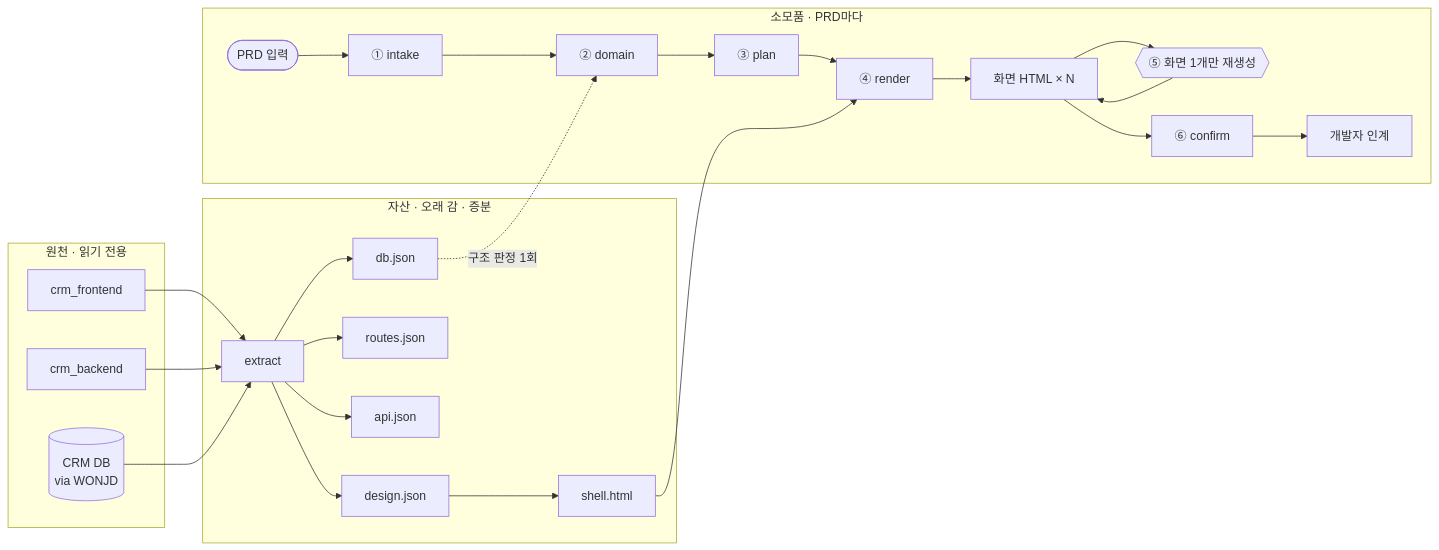
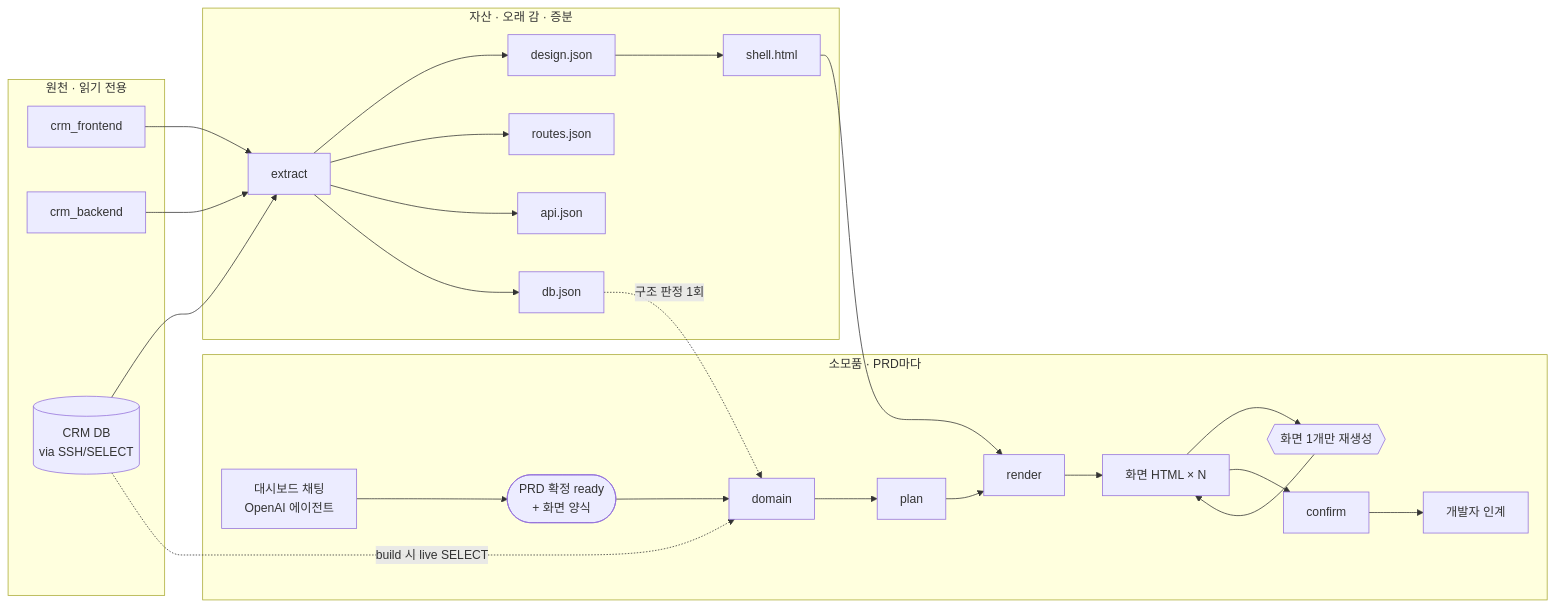
One commit to wonjd/wireframe_dashboard changed the diagram in README.md. Above: the diagram before and after it, drawn with Mermaid. The commit also changed other lines of this file and 76 other files, not shown here.

````diff
--- a/README.md
+++ b/README.md
@@ -21,41 +50,42 @@
 ```mermaid
 flowchart LR
   subgraph SRC["원천 · 읽기 전용"]
     FE[crm_frontend]
     BE[crm_backend]
-    DB[(CRM DB<br/>via WONJD)]
+    DB[(CRM DB<br/>via SSH/SELECT)]
   end
 
   subgraph ASSET["자산 · 오래 감 · 증분"]
     EX[extract]
     DJ[design.json]
     RJ[routes.json]
     AJ[api.json]
     DBJ[db.json]
     SH[shell.html]
   end
 
   subgraph RUN["소모품 · PRD마다"]
-    PRD(["PRD 입력"])
-    I1[① intake]
-    I2[② domain]
-    I3[③ plan]
-    I4[④ render]
+    CHAT["대시보드 채팅<br/>OpenAI 에이전트"]
+    PRD(["PRD 확정 ready<br/>+ 화면 양식"])
+    I2[domain]
+    I3[plan]
+    I4[render]
     HTML[화면 HTML × N]
-    IT{{⑤ 화면 1개만 재생성}}
-    OK[⑥ confirm]
+    IT{{화면 1개만 재생성}}
+    OK[confirm]
     DEV[개발자 인계]
   end
 
   FE --> EX
   BE --> EX
   DB --> EX
   EX --> DJ & RJ & AJ & DBJ
   DJ --> SH
 
-  PRD --> I1 --> I2 --> I3 --> I4 --> HTML
+  CHAT --> PRD --> I2 --> I3 --> I4 --> HTML
   DBJ -.->|구조 판정 1회| I2
+  DB -.->|build 시 live SELECT| I2
   SH --> I4
   HTML --> IT --> HTML
   HTML --> OK --> DEV
 ```
````
